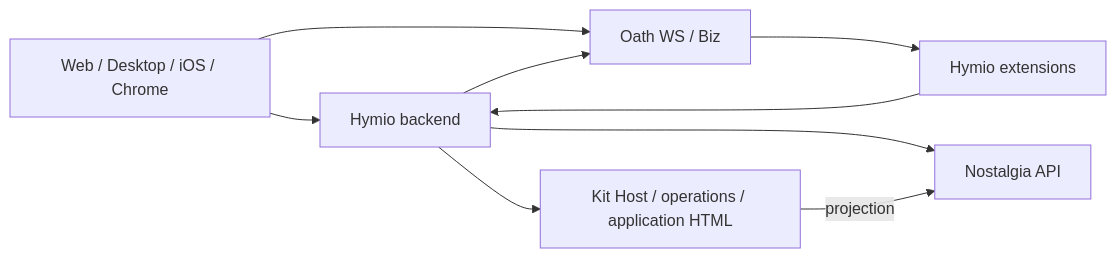
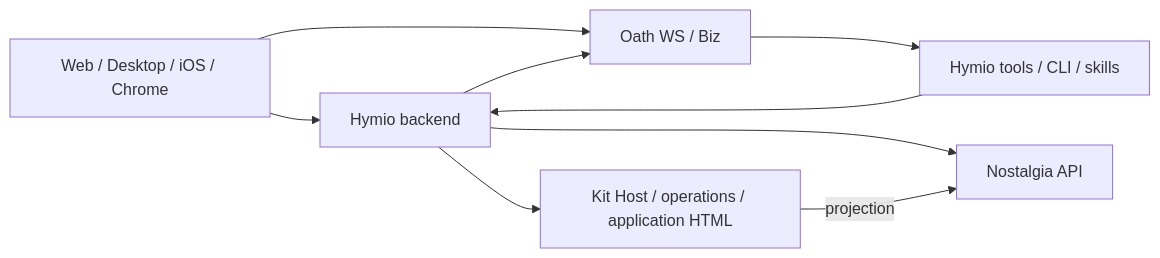
One commit to HymioSpace/Hymio changed the diagram in spec/overview.md. Above: the diagram before and after it, drawn with Mermaid. The commit also changed other lines of this file and 68 other files, not shown here.

First line of the commit message:
feat: CLI-first tools and deterministic authorization (#45)

````diff
--- a/spec/overview.md
+++ b/spec/overview.md
@@ -55,11 +59,11 @@
 ```mermaid
 flowchart LR
     Apps[Web / Desktop / iOS / Chrome] --> Backend[Hymio backend]
     Apps --> Runtime[Oath WS / Biz]
     Backend --> Runtime
     Backend --> Context[Nostalgia API]
-    Runtime --> Ext[Hymio extensions]
+    Runtime --> Ext[Hymio tools / CLI / skills]
     Ext --> Backend
     Backend --> Kit[Kit Host / operations / application HTML]
     Kit -->|projection| Context
 ```
````
